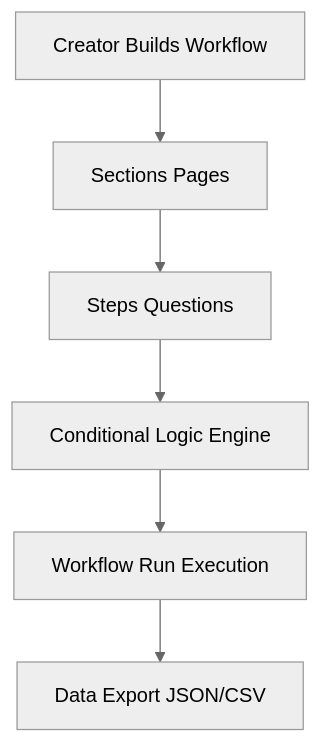
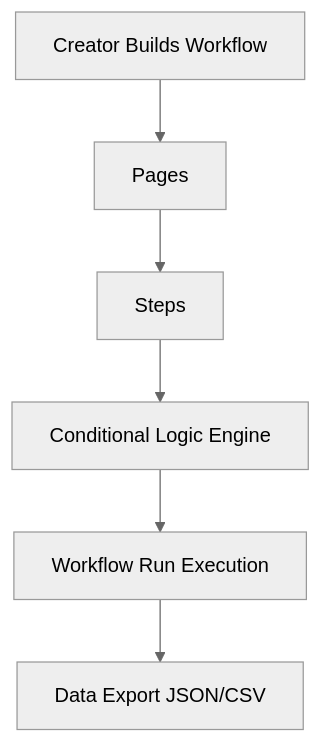
The diagram in README.md (ShawnC-LaunchCode/ezBuildr), drawn with Mermaid (neutral theme) before and after one commit. The commit also changed other lines of this file and 26 other files, not shown here.

Commit message:
refactor(workflows): rename physical sections table to pages (SECT-2)

````diff
--- a/README.md
+++ b/README.md
@@ -187,8 +187,8 @@
 ```mermaid
 graph TD
-A[Creator Builds Workflow] --> B[Sections Pages]
-B --> C[Steps Questions]
+A[Creator Builds Workflow] --> B[Pages]
+B --> C[Steps]
 C --> D[Conditional Logic Engine]
 D --> E[Workflow Run Execution]
 E --> F[Data Export JSON/CSV]
 ```
````
